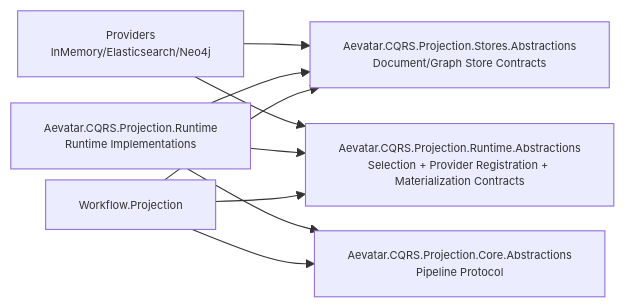
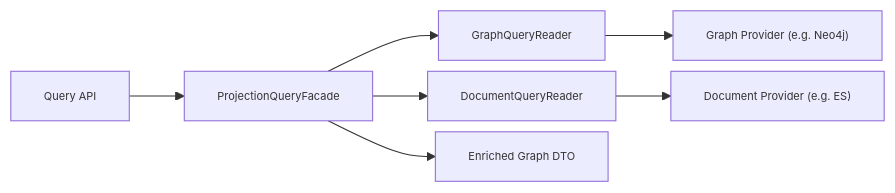
The third of 3 diagrams in docs/architecture/projection-readmodel-full-refactor-plan-2026-02-24.md (aevatarAI/aevatar), drawn with Mermaid before and after one commit. The commit also changed other lines of this file and 56 other files, not shown here.

First line of the commit message:
Refactor Projection ReadModel and Provider Architecture for Enhanced Clarity and Functionality

````diff
--- a/docs/architecture/projection-readmodel-full-refactor-plan-2026-02-24.md
+++ b/docs/architecture/projection-readmodel-full-refactor-plan-2026-02-24.md
@@ -27,19 +96,10 @@
 ```mermaid
 %%{init: {"maxTextSize": 100000, "flowchart": {"useMaxWidth": false, "nodeSpacing": 10, "rankSpacing": 50}, "themeVariables": {"fontSize": "10px"}}}%%
 flowchart LR
-    SA["Aevatar.CQRS.Projection.Stores.Abstractions\nDocument/Graph Store Contracts"]
-    RA["Aevatar.CQRS.Projection.Runtime.Abstractions\nSelection + Provider Registration + Materialization Contracts"]
-    CA["Aevatar.CQRS.Projection.Core.Abstractions\nPipeline Protocol"]
-    RT["Aevatar.CQRS.Projection.Runtime\nRuntime Implementations"]
-    PR["Providers\nInMemory/Elasticsearch/Neo4j"]
-    WF["Workflow.Projection"]
-
-    PR --> SA
-    PR --> RA
-    RT --> SA
-    RT --> RA
-    RT --> CA
-    WF --> SA
-    WF --> RA
-    WF --> CA
+    API["Query API"] --> FACADE["ProjectionQueryFacade"]
+    FACADE --> GQ["GraphQueryReader"]
+    FACADE --> DQ["DocumentQueryReader"]
+    GQ --> NEO["Graph Provider (e.g. Neo4j)"]
+    DQ --> ES["Document Provider (e.g. ES)"]
+    FACADE --> DTO["Enriched Graph DTO"]
 ```
````
